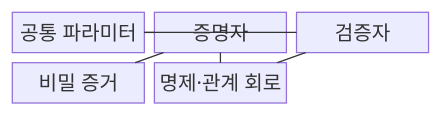
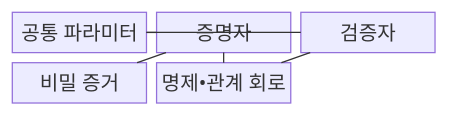
The first of 2 diagrams in src/content/docs/notes/05-security/016_zero_knowledge_proof.md (agnusdei1207/knowledge-base), drawn with Mermaid before and after one commit. The commit also changed other lines of this file and 953 other files, not shown here.

````diff
--- a/src/content/docs/notes/05-security/016_zero_knowledge_proof.md
+++ b/src/content/docs/notes/05-security/016_zero_knowledge_proof.md
@@ -70,14 +70,14 @@
 ```mermaid
 block-beta
     columns 3
     P["공통 파라미터"]
     A["증명자"]
     V["검증자"]
     W["비밀 증거"]
-    R["명제·관계 회로"]
+    R["명제•관계 회로"]
     P --- A
     P --- V
     W --- A
     R --- A
     R --- V
 ```
````
